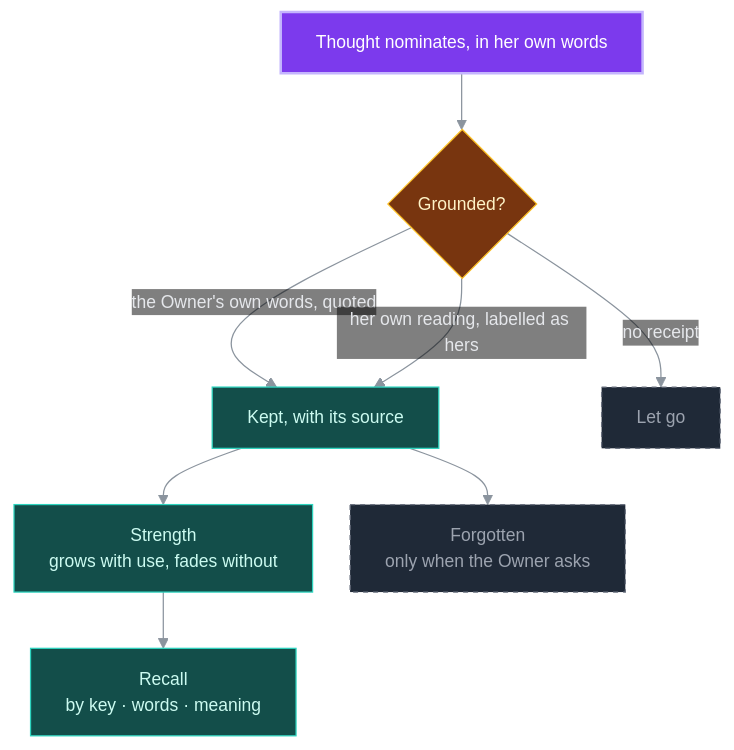
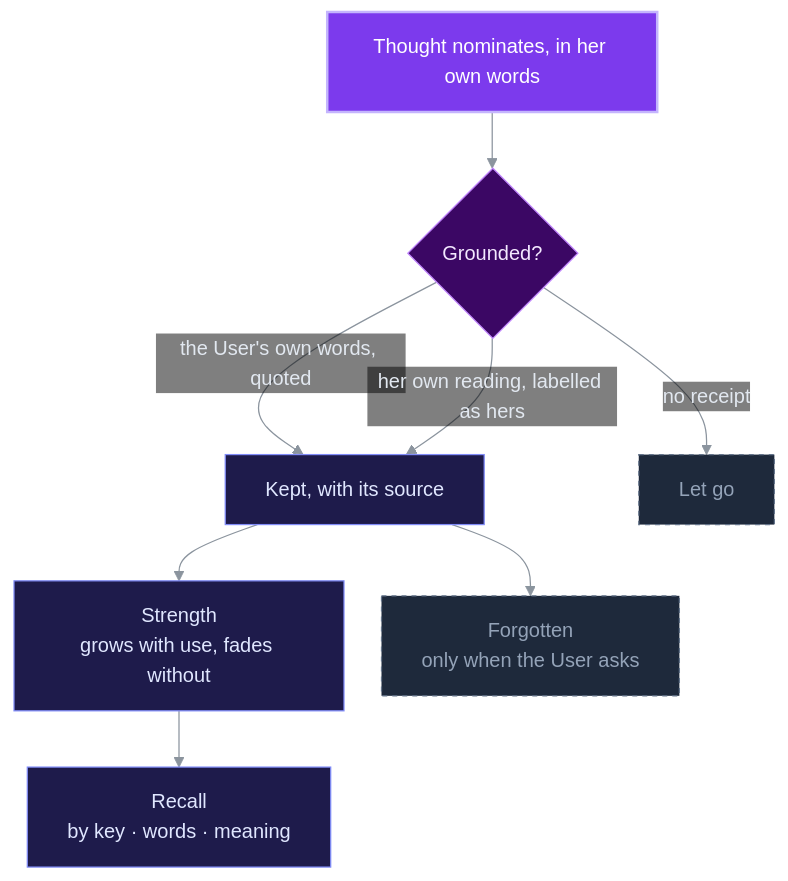
One commit to XharvaK/Ashley changed the fourth of 6 diagrams in README.md. Above: the diagram before and after it, drawn with Mermaid. The commit also changed other lines of this file, not shown here.

Commit message:
README: one palette for the diagrams, GitHub's own font (no clipped labels), User instead of Owner

````diff
--- a/README.md
+++ b/README.md
@@ -169,23 +160,21 @@
 ```mermaid
-%%{init: {"theme": "base", "themeVariables": {"fontFamily": "ui-sans-serif, -apple-system, Segoe UI, Helvetica, Arial, sans-serif", "fontSize": "14px", "lineColor": "#8b949e", "textColor": "#8b949e", "edgeLabelBackground": "transparent", "clusterBkg": "transparent", "clusterBorder": "#8b949e", "primaryColor": "#1f2937", "primaryBorderColor": "#6b7280", "primaryTextColor": "#e5e7eb"}, "themeCSS": ".labelBkg, .edgeLabel { background-color: transparent !important; } .cluster-label span, .cluster-label p { letter-spacing: 0.08em; font-size: 12px; }", "flowchart": {"wrappingWidth": 320, "curve": "basis", "nodeSpacing": 30, "rankSpacing": 45, "padding": 14}}}%%
+%%{init: {"theme": "base", "themeVariables": {"lineColor": "#8b949e", "textColor": "#8b949e", "edgeLabelBackground": "transparent", "clusterBkg": "transparent", "clusterBorder": "#8b949e", "primaryColor": "#1e293b", "primaryBorderColor": "#64748b", "primaryTextColor": "#e2e8f0"}, "themeCSS": ".labelBkg, .edgeLabel { background-color: transparent !important; }", "flowchart": {"curve": "basis", "nodeSpacing": 30, "rankSpacing": 45, "padding": 16}}}%%
 flowchart TB
     N["Thought nominates, in her own words"] --> G{"Grounded?"}
-    G -->|"the Owner's own words, quoted"| K["Kept, with its source"]
+    G -->|"the User's own words, quoted"| K["Kept, with its source"]
     G -->|"her own reading, labelled as hers"| K
     G -->|"no receipt"| X["Let go"]
     K --> ST["Strength<br/>grows with use, fades without"]
-    K --> FG["Forgotten<br/>only when the Owner asks"]
+    K --> FG["Forgotten<br/>only when the User asks"]
     ST --> RC["Recall<br/>by key · words · meaning"]
 
-    classDef thought fill:#7c3aed,stroke:#c4b5fd,stroke-width:2px,color:#ffffff
-    classDef self fill:#312e81,stroke:#818cf8,color:#e0e7ff
-    classDef past fill:#134e4a,stroke:#2dd4bf,color:#ccfbf1
-    classDef attn fill:#78350f,stroke:#fbbf24,color:#fef3c7
-    classDef owner fill:#9d174d,stroke:#f9a8d4,stroke-width:2px,color:#fdf2f8
-    classDef mech fill:#1f2937,stroke:#6b7280,color:#e5e7eb
-    classDef gone fill:#1f2937,stroke:#6b7280,stroke-dasharray:4 4,color:#9ca3af
-    class N thought
+    classDef core fill:#7c3aed,stroke:#c4b5fd,color:#ffffff,stroke-width:2px
+    classDef attn fill:#3b0764,stroke:#c084fc,color:#f3e8ff
+    classDef past fill:#1e1b4b,stroke:#818cf8,color:#e0e7ff
+    classDef mech fill:#1e293b,stroke:#64748b,color:#e2e8f0
+    classDef gone fill:#1e293b,stroke:#64748b,stroke-dasharray:4 4,color:#94a3b8
+    class N core
     class G attn
     class K,ST,RC past
     class X,FG gone
 ```
````
